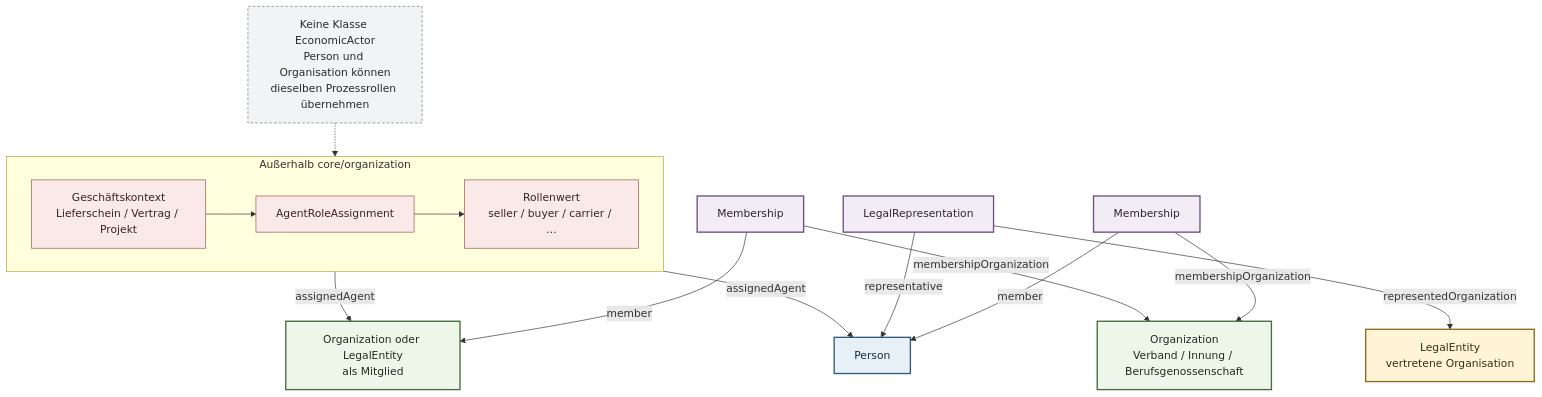
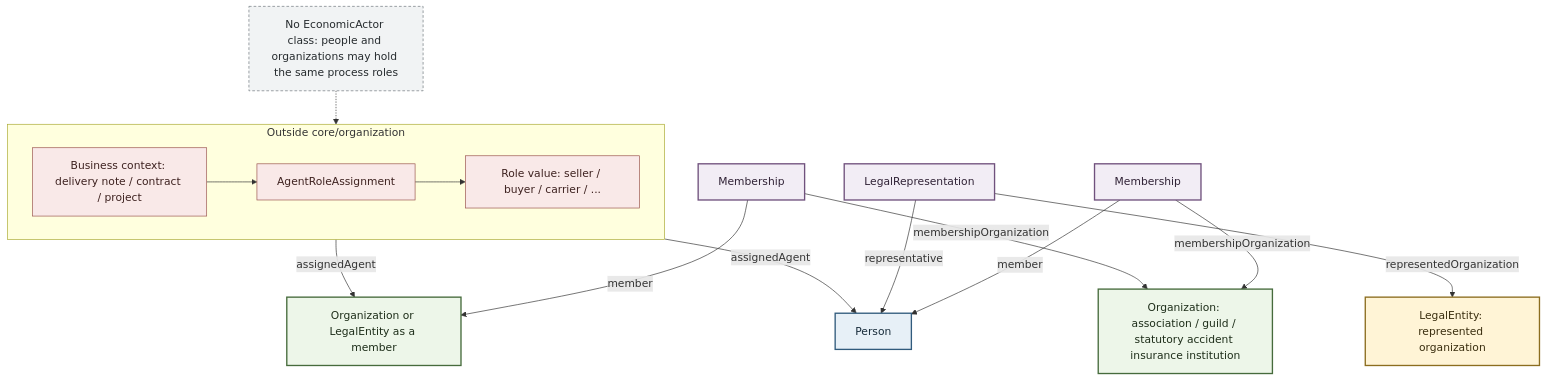
Before and after one commit to project-construct-x/constructx-ontologies: the fourth of 4 diagrams in modules/core/organization/docs/diagrams/organization-concept-model.md, drawn with Mermaid. The commit also changed other lines of this file and 230 other files, not shown here.

````diff
--- a/modules/core/organization/docs/diagrams/organization-concept-model.md
+++ b/modules/core/organization/docs/diagrams/organization-concept-model.md
@@ -198,47 +194,47 @@
 ```mermaid
 flowchart TB
     Person["Person"]
-    MemberOrg["Organization oder LegalEntity<br/>als Mitglied"]
-    HostOrg["Organization<br/>Verband / Innung / Berufsgenossenschaft"]
-    Legal["LegalEntity<br/>vertretene Organisation"]
+    MemberOrg["Organization or LegalEntity as a member"]
+    HostOrg["Organization: association / guild / statutory accident insurance institution"]
+    Legal["LegalEntity: represented organization"]
 
     MembershipPerson["Membership"]
     MembershipOrg["Membership"]
     Representation["LegalRepresentation"]
 
     MembershipPerson -->|"member"| Person
     MembershipPerson -->|"membershipOrganization"| HostOrg
     MembershipOrg -->|"member"| MemberOrg
     MembershipOrg -->|"membershipOrganization"| HostOrg
     Representation -->|"representative"| Person
     Representation -->|"representedOrganization"| Legal
 
-    subgraph PROCESS["Außerhalb core/organization"]
+    subgraph PROCESS["Outside core/organization"]
         direction LR
-        Context["Geschäftskontext<br/>Lieferschein / Vertrag / Projekt"]
+        Context["Business context: delivery note / contract / project"]
         Assignment["AgentRoleAssignment"]
-        Role["Rollenwert<br/>seller / buyer / carrier / ..."]
+        Role["Role value: seller / buyer / carrier / ..."]
         Context --> Assignment
         Assignment --> Role
     end
 
     Assignment -->|"assignedAgent"| Person
     Assignment -->|"assignedAgent"| MemberOrg
 
-    NoEconomicActor["Keine Klasse EconomicActor<br/>Person und Organisation können<br/>dieselben Prozessrollen übernehmen"]
+    NoEconomicActor["No EconomicActor class: people and organizations may hold the same process roles"]
     NoEconomicActor -.-> Assignment
 
     classDef person fill:#e7f0f7,stroke:#315b7d,color:#172b3a,stroke-width:2px;
     classDef organization fill:#edf6e9,stroke:#466b3c,color:#1d2d19,stroke-width:2px;
     classDef legal fill:#fff4d6,stroke:#8c6d1f,color:#392d0e,stroke-width:2px;
     classDef relation fill:#f2edf5,stroke:#70517d,color:#2f2135,stroke-width:2px;
     classDef process fill:#f9e9e8,stroke:#99534d,color:#3d211f;
     classDef note fill:#f1f3f4,stroke:#6b747a,color:#252a2d,stroke-dasharray:4 3;
 
     class Person person;
     class MemberOrg,HostOrg organization;
     class Legal legal;
     class MembershipPerson,MembershipOrg,Representation relation;
     class Context,Assignment,Role process;
     class NoEconomicActor note;
 ```
````
